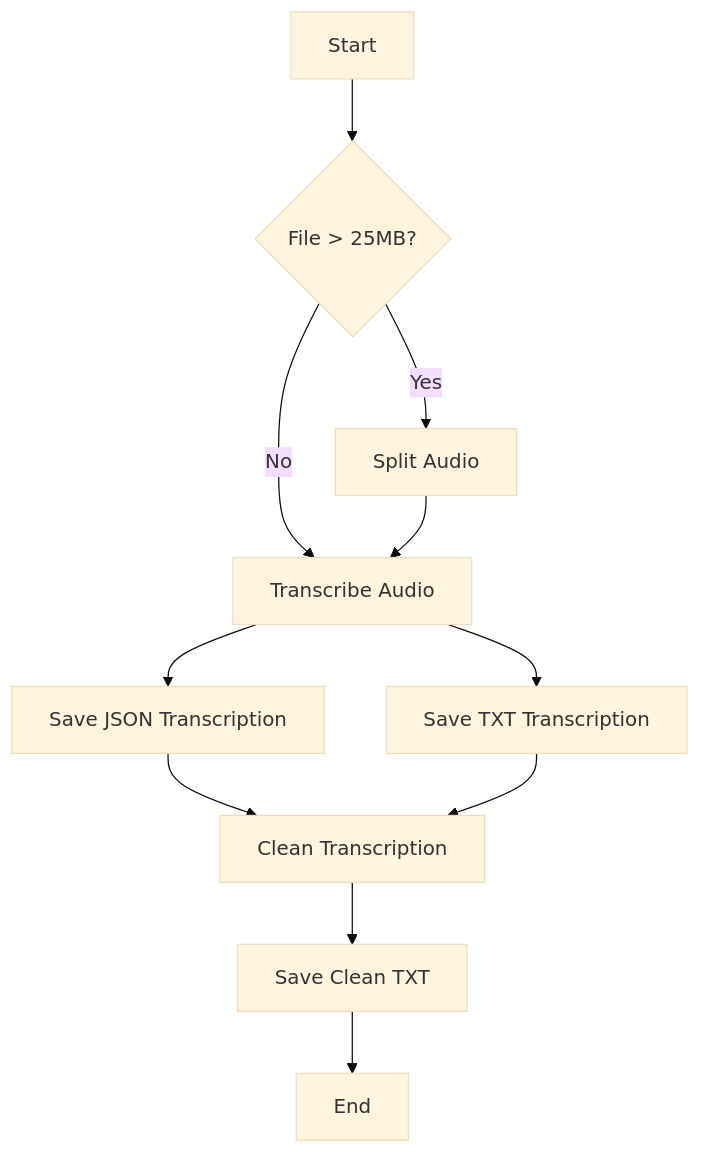
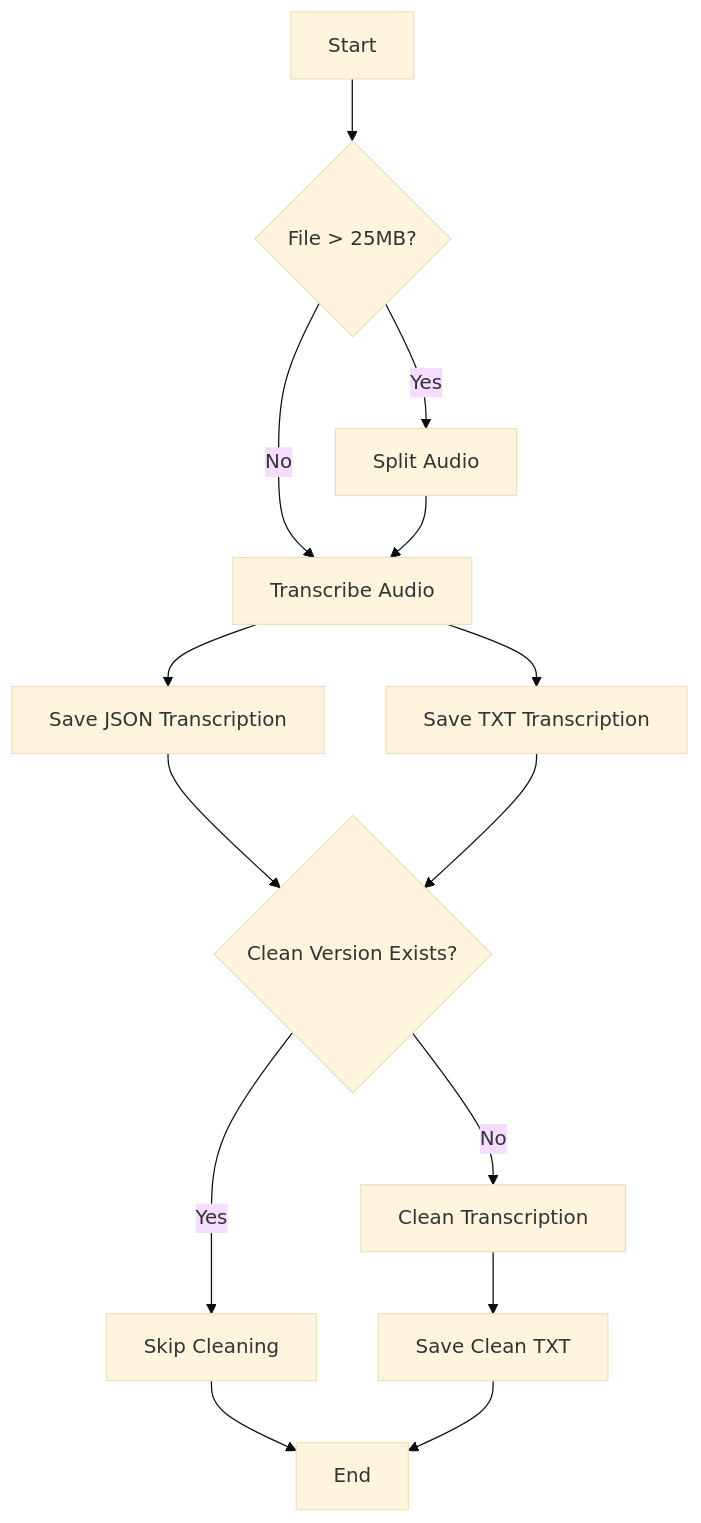
One commit to CaptainCodeAU/AudioScribe changed the second of 4 diagrams in README.md. Above: the diagram before and after it, drawn with Mermaid (base theme). The commit also changed other lines of this file, not shown here.

Commit message:
Update README.md charts to reflect current implementation

````diff
--- a/README.md
+++ b/README.md
@@ -129,13 +131,16 @@
 ```mermaid
 graph TD
     A[Start] --> B{File > 25MB?}
     B -- Yes --> C[Split Audio]
     B -- No --> D[Transcribe Audio]
     C --> D
     D --> E[Save JSON Transcription]
     D --> F[Save TXT Transcription]
-    E --> G[Clean Transcription]
+    E --> G{Clean Version Exists?}
     F --> G
-    G --> H[Save Clean TXT]
-    H --> I[End]
+    G -- No --> H[Clean Transcription]
+    G -- Yes --> I[Skip Cleaning]
+    H --> J[Save Clean TXT]
+    I --> K[End]
+    J --> K
 ```
````
